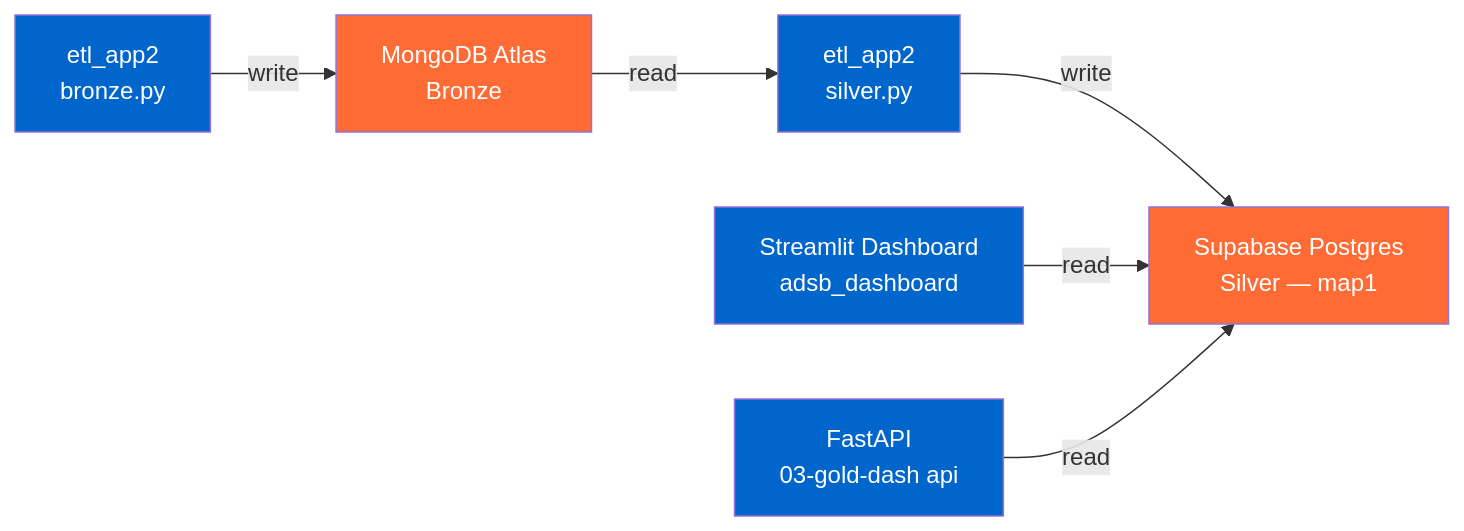
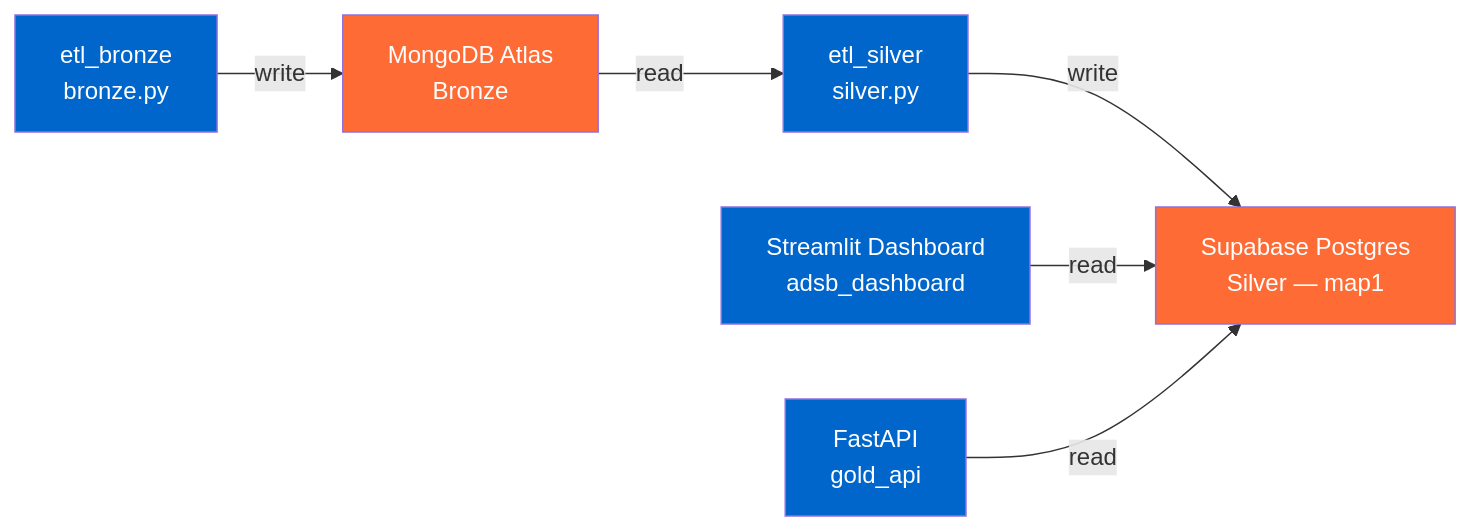
Before and after one commit to MatthiasSails/airline-data-platform: the fifth of 6 diagrams in docs/architecture/README.md, drawn with Mermaid. The commit also changed other lines of this file and 24 other files, not shown here.

First line of the commit message:
CD foundation: retire Nginx + split ETL into bronze/silver containers (#26)

````diff
--- a/docs/architecture/README.md
+++ b/docs/architecture/README.md
@@ -157,22 +157,22 @@
 ```mermaid
 graph LR
-    BRONZE["etl_app2<br/>bronze.py"]
-    SILVER["etl_app2<br/>silver.py"]
+    BRONZE["etl_bronze<br/>bronze.py"]
+    SILVER["etl_silver<br/>silver.py"]
     DASH1["Streamlit Dashboard<br/>adsb_dashboard"]
-    API["FastAPI<br/>03-gold-dash api"]
+    API["FastAPI<br/>gold_api"]
     MONGO["MongoDB Atlas<br/>Bronze"]
     SUPA["Supabase Postgres<br/>Silver — map1"]
 
     BRONZE -->|write| MONGO
     MONGO -->|read| SILVER
     SILVER -->|write| SUPA
     DASH1 -->|read| SUPA
     API -->|read| SUPA
 
     style MONGO fill:#FF6B35,color:#fff
     style SUPA fill:#FF6B35,color:#fff
     style BRONZE fill:#0066CC,color:#fff
     style SILVER fill:#0066CC,color:#fff
     style DASH1 fill:#0066CC,color:#fff
     style API fill:#0066CC,color:#fff
 ```
````
